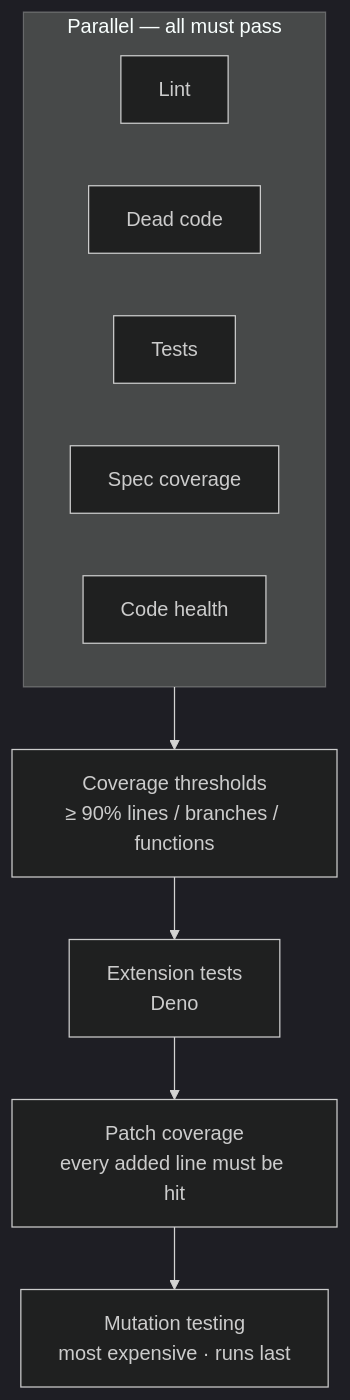
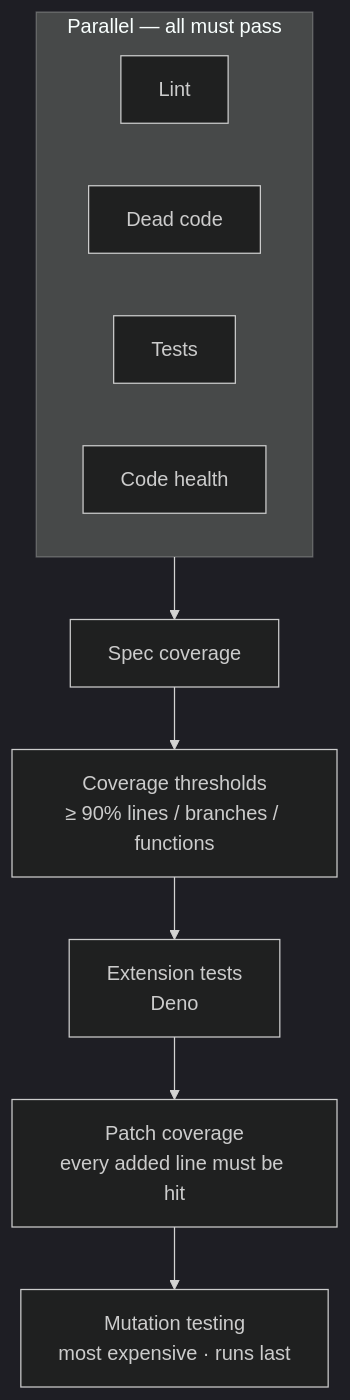
Before and after one commit to dhansak79/FocusIn: the diagram in GUARDRAILS.md, drawn with Mermaid (dark theme). The commit also changed other lines of this file and 15 other files, not shown here.

````diff
--- a/GUARDRAILS.md
+++ b/GUARDRAILS.md
@@ -106,15 +106,15 @@
 ```mermaid
 flowchart TD
     subgraph parallel["Parallel — all must pass"]
         lint["Lint"]
         knip["Dead code"]
         tests["Tests"]
-        spec["Spec coverage"]
         health["Code health"]
     end
 
-    parallel --> coverage["Coverage thresholds\n≥ 90% lines / branches / functions"]
+    parallel --> spec["Spec coverage"]
+    spec --> coverage["Coverage thresholds\n≥ 90% lines / branches / functions"]
     coverage --> deno["Extension tests\nDeno"]
     deno --> patch["Patch coverage\nevery added line must be hit"]
     patch --> mutation["Mutation testing\nmost expensive · runs last"]
 ```
````
